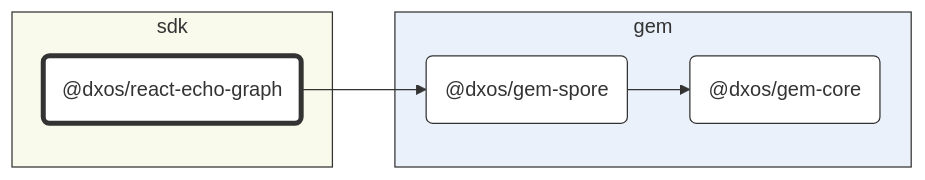
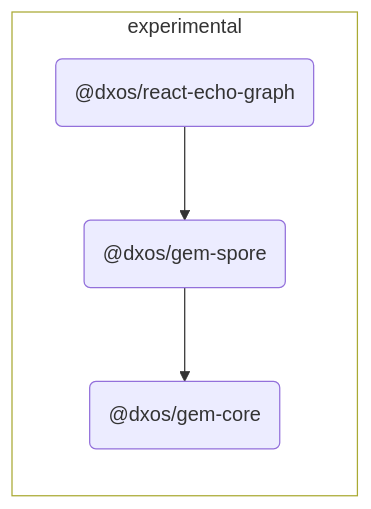
The diagram in packages/experimental/react-echo-graph/docs/README.md (dxos/dxos), drawn with Mermaid before and after one commit. The commit also changed other lines of this file and 127 other files, not shown here.

````diff
--- a/packages/experimental/react-echo-graph/docs/README.md
+++ b/packages/experimental/react-echo-graph/docs/README.md
@@ -7,30 +7,25 @@
 ```mermaid
 %%{ init: {'flowchart':{'curve':'basis'}} }%%
 
 flowchart LR
 
 %% Classes
-classDef def fill:#fff,stroke:#333,stroke-width:1px
-classDef root fill:#fff,stroke:#333,stroke-width:4px
+
+
 
 %% Nodes
 
-subgraph sdk [sdk]
-  style sdk fill:#f9faeb,stroke:#333
+subgraph experimental [experimental]
+  style experimental fill:transparent
   dxos/react-echo-graph("@dxos/react-echo-graph"):::root
-  click dxos/react-echo-graph "dxos/dxos/tree/main/packages/sdk/react-echo-graph/docs"
-end
-
-subgraph gem [gem]
-  style gem fill:#ebf1fa,stroke:#333
+  click dxos/react-echo-graph "dxos/dxos/tree/main/packages/experimental/react-echo-graph/docs"
   dxos/gem-core("@dxos/gem-core"):::def
-  click dxos/gem-core "dxos/dxos/tree/main/packages/gem/gem-core/docs"
+  click dxos/gem-core "dxos/dxos/tree/main/packages/experimental/gem-core/docs"
   dxos/gem-spore("@dxos/gem-spore"):::def
-  click dxos/gem-spore "dxos/dxos/tree/main/packages/gem/gem-spore/docs"
+  click dxos/gem-spore "dxos/dxos/tree/main/packages/experimental/gem-spore/docs"
 end
 
 %% Links
-linkStyle default stroke:#333,stroke-width:1px
 dxos/react-echo-graph --> dxos/gem-spore
 dxos/gem-spore --> dxos/gem-core
 ```
````
